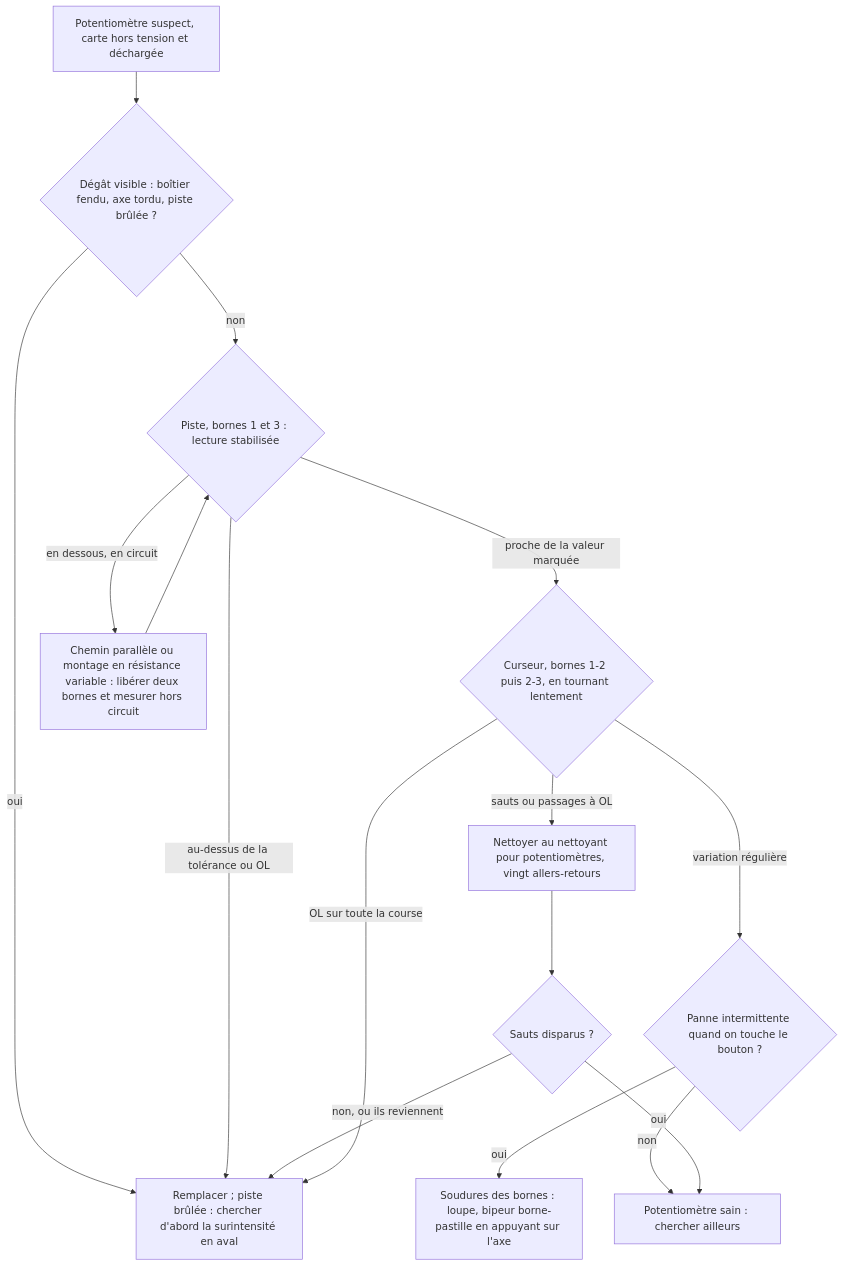
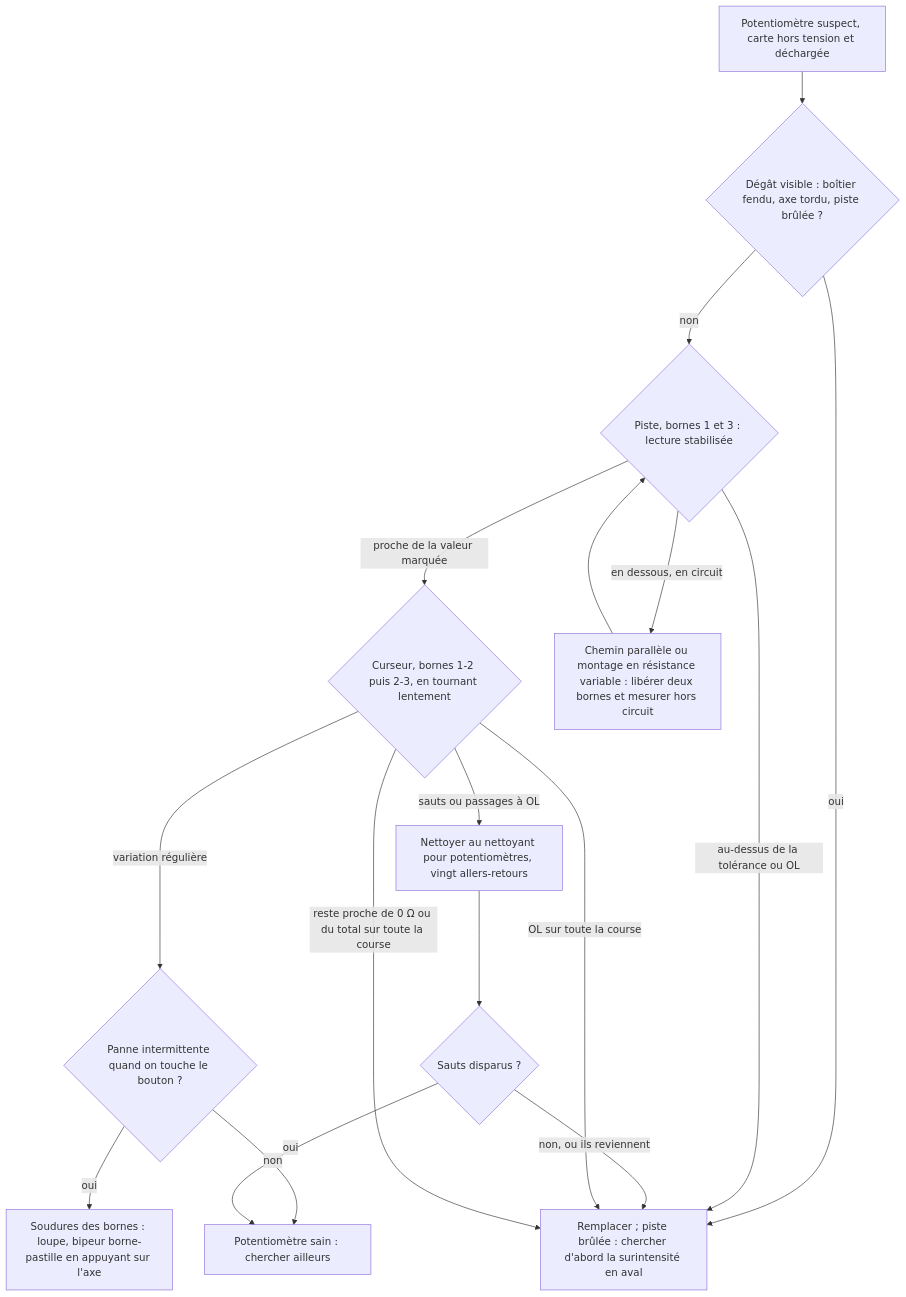
Before and after one commit to benoit-bremaud/ohm-sweet-ohm: the diagram in troubleshooting/11_potentiometre/README.md, drawn with Mermaid. The commit also changed other lines of this file and 14 other files, not shown here.

````diff
--- a/troubleshooting/11_potentiometre/README.md
+++ b/troubleshooting/11_potentiometre/README.md
@@ -162,18 +162,19 @@
 ```mermaid
 flowchart TD
   A[Potentiomètre suspect, carte hors tension et déchargée] --> B{Dégât visible : boîtier fendu, axe tordu, piste brûlée ?}
   B -- oui --> R[Remplacer ; piste brûlée : chercher d'abord la surintensité en aval]
   B -- non --> C{Piste, bornes 1 et 3 : lecture stabilisée}
   C -- au-dessus de la tolérance ou OL --> R
   C -- proche de la valeur marquée --> D{Curseur, bornes 1-2 puis 2-3, en tournant lentement}
   C -- en dessous, en circuit --> E[Chemin parallèle ou montage en résistance variable : libérer deux bornes et mesurer hors circuit]
   E --> C
   D -- variation régulière --> F{Panne intermittente quand on touche le bouton ?}
   F -- oui --> G[Soudures des bornes : loupe, bipeur borne-pastille en appuyant sur l'axe]
   F -- non --> H[Potentiomètre sain : chercher ailleurs]
   D -- sauts ou passages à OL --> I[Nettoyer au nettoyant pour potentiomètres, vingt allers-retours]
   I --> J{Sauts disparus ?}
   J -- oui --> H
   J -- non, ou ils reviennent --> R
   D -- OL sur toute la course --> R
+  D -- reste proche de 0 Ω ou du total sur toute la course --> R
 ```
````
